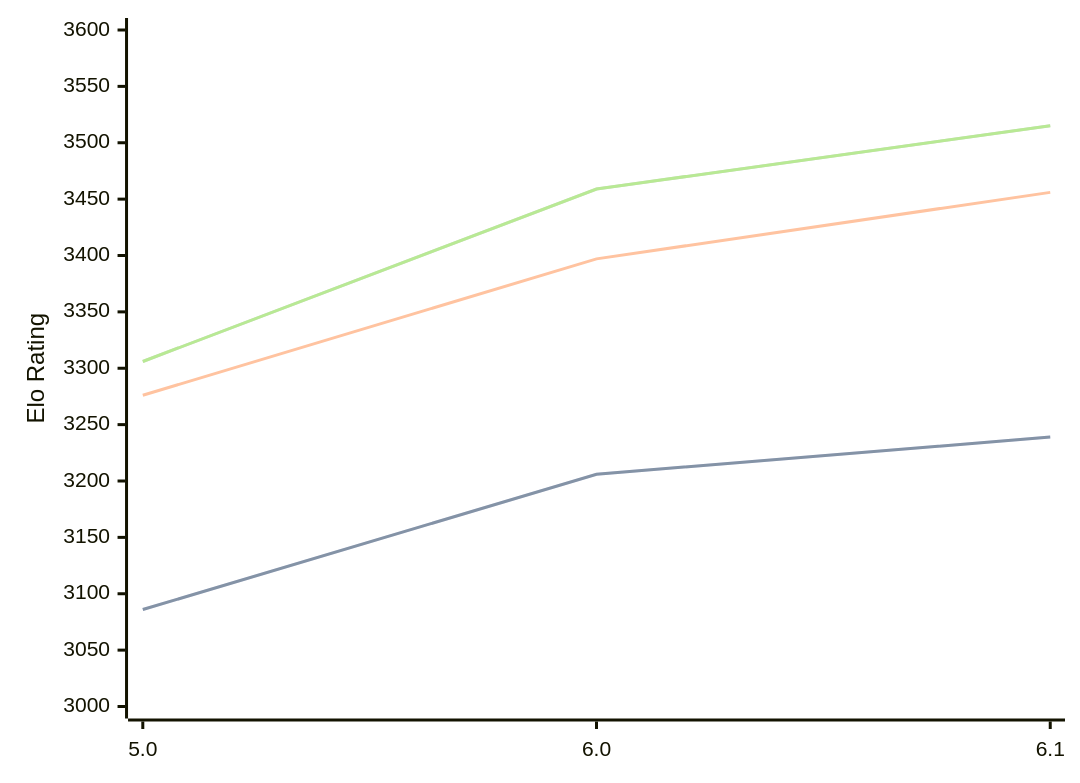
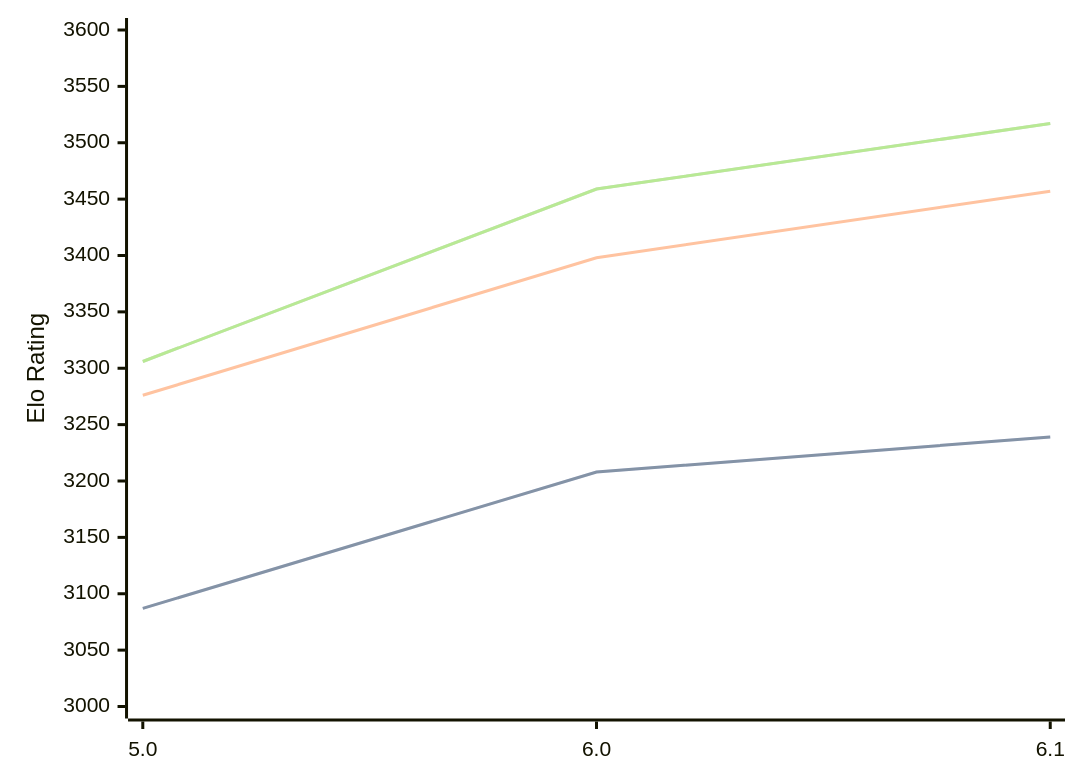
One commit to computer-chess-index/cci changed the diagram in engines/PZChessBot.md. Above: the diagram before and after it, drawn with Mermaid. The commit also changed other lines of this file, not shown here.

Commit message:
Update CCI Ratings (ELO VLTC) - 2026-04-19

````diff
--- a/engines/PZChessBot.md
+++ b/engines/PZChessBot.md
@@ -42,11 +42,11 @@
 ```mermaid
 %%{init: {"theme":"base","themeVariables":{"seriesColors:['#a3a3a3','#222221','#faa371']}}}%%
 xychart-beta
   x-axis ["5.0", "6.0", "6.1"]
   y-axis "Elo Rating" 3000 --> 3600
-  line "STC (8.0+0.08s)" [3086, 3206, 3239]
-  line "STC (8.0+0.08s)" [3086, 3206, 3239]
-  line "LTC (60.0+0.60s)" [3276, 3397, 3456]
-  line "VLTC (2m24s+1.12s)" [3306, 3459, 3515]
-  line "VLTC (2m24s+1.12s)" [3306, 3459, 3515]
+  line "STC (8.0+0.08s)" [3087, 3208, 3239]
+  line "STC (8.0+0.08s)" [3087, 3208, 3239]
+  line "LTC (60.0+0.60s)" [3276, 3398, 3457]
+  line "VLTC (2m24s+1.12s)" [3306, 3459, 3517]
+  line "VLTC (2m24s+1.12s)" [3306, 3459, 3517]
 ```
````
